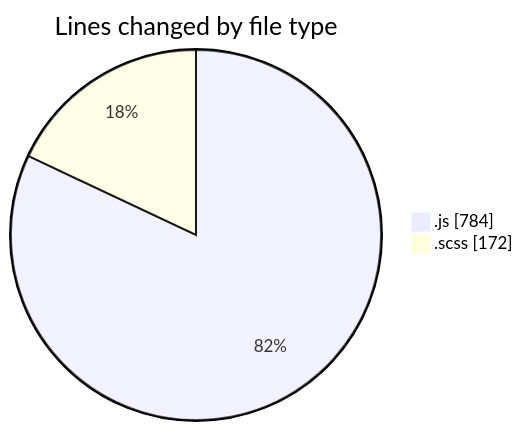
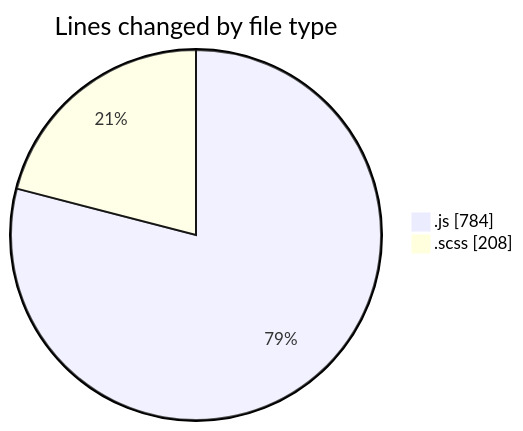
One commit to momahboobian/code-tracking changed the first of 2 diagrams in 2026-01-05/cda/README.md. Above: the diagram before and after it, drawn with Mermaid. The commit also changed other lines of this file and 1 other file, not shown here.

````diff
--- a/2026-01-05/cda/README.md
+++ b/2026-01-05/cda/README.md
@@ -25,6 +25,6 @@
 ```mermaid
 pie showData
 title Lines changed by file type
 ".js" : 784
-".scss" : 172
+".scss" : 208
 ```
````
